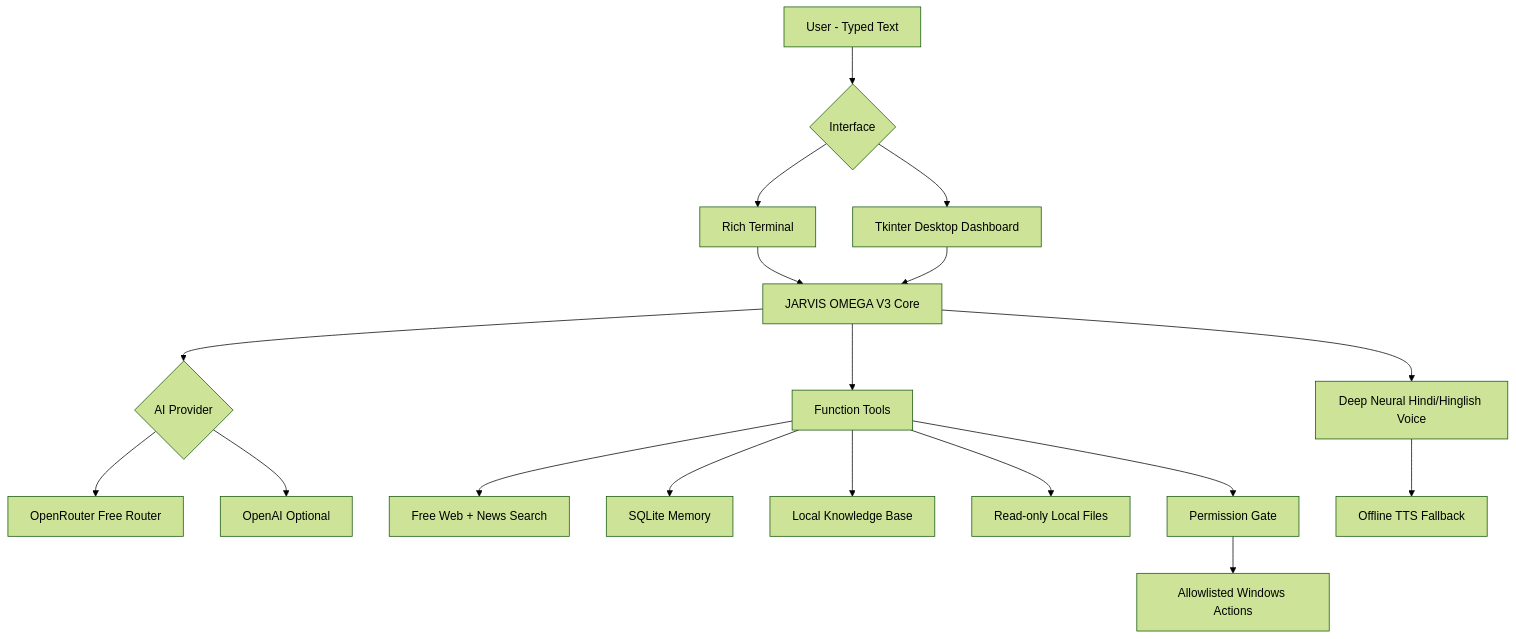
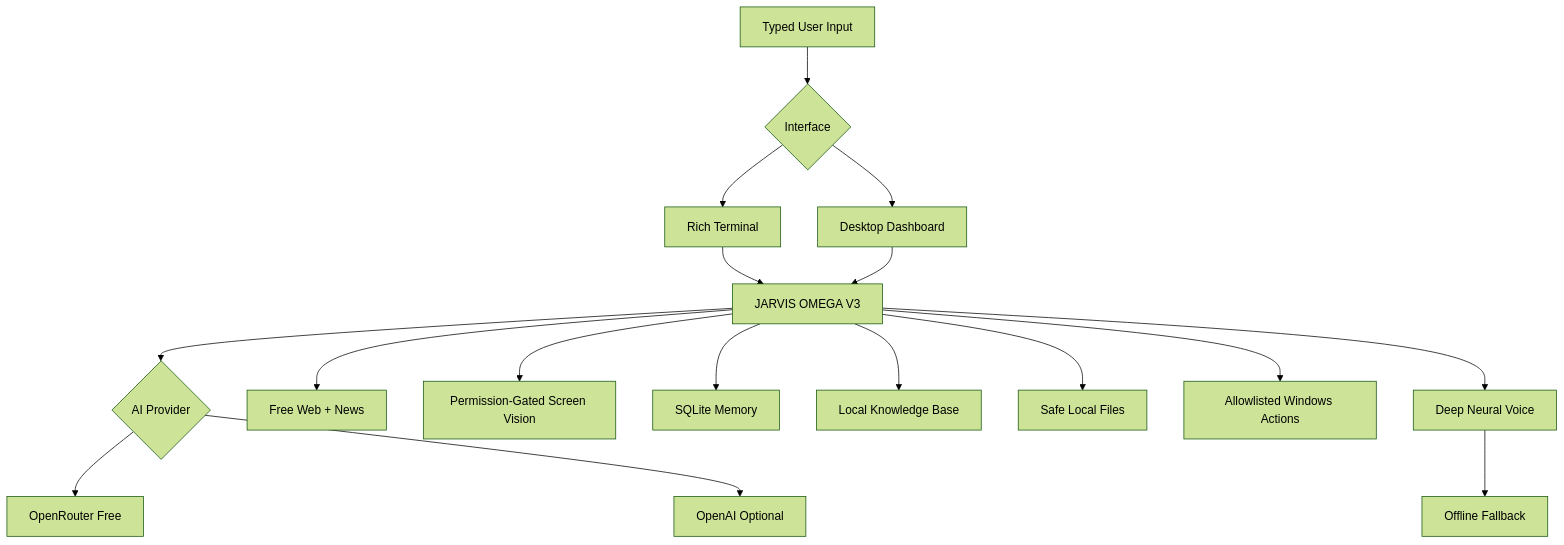
One commit to Adib0105/JARVIS-AI-OMEGA changed the diagram in README.md. Above: the diagram before and after it, drawn with Mermaid (forest theme). The commit also changed other lines of this file, not shown here.

Commit message:
Document OMEGA V3 screen vision and final capabilities

````diff
--- a/README.md
+++ b/README.md
@@ -56,20 +62,19 @@
 ```mermaid
 flowchart TD
-    U[User - Typed Text] --> UI{Interface}
+    U[Typed User Input] --> UI{Interface}
     UI --> CLI[Rich Terminal]
-    UI --> GUI[Tkinter Desktop Dashboard]
-    CLI --> CORE[JARVIS OMEGA V3 Core]
+    UI --> GUI[Desktop Dashboard]
+    CLI --> CORE[JARVIS OMEGA V3]
     GUI --> CORE
     CORE --> ROUTER{AI Provider}
-    ROUTER --> OR[OpenRouter Free Router]
+    ROUTER --> OR[OpenRouter Free]
     ROUTER --> OA[OpenAI Optional]
-    CORE --> TOOLS[Function Tools]
-    TOOLS --> WEB[Free Web + News Search]
-    TOOLS --> MEM[SQLite Memory]
-    TOOLS --> KB[Local Knowledge Base]
-    TOOLS --> FILES[Read-only Local Files]
-    TOOLS --> GATE[Permission Gate]
-    GATE --> SYS[Allowlisted Windows Actions]
-    CORE --> TTS[Deep Neural Hindi/Hinglish Voice]
-    TTS --> FALLBACK[Offline TTS Fallback]
+    CORE --> WEB[Free Web + News]
+    CORE --> VISION[Permission-Gated Screen Vision]
+    CORE --> MEM[SQLite Memory]
+    CORE --> KB[Local Knowledge Base]
+    CORE --> FILES[Safe Local Files]
+    CORE --> SYS[Allowlisted Windows Actions]
+    CORE --> TTS[Deep Neural Voice]
+    TTS --> OFFLINE[Offline Fallback]
 ```
````
